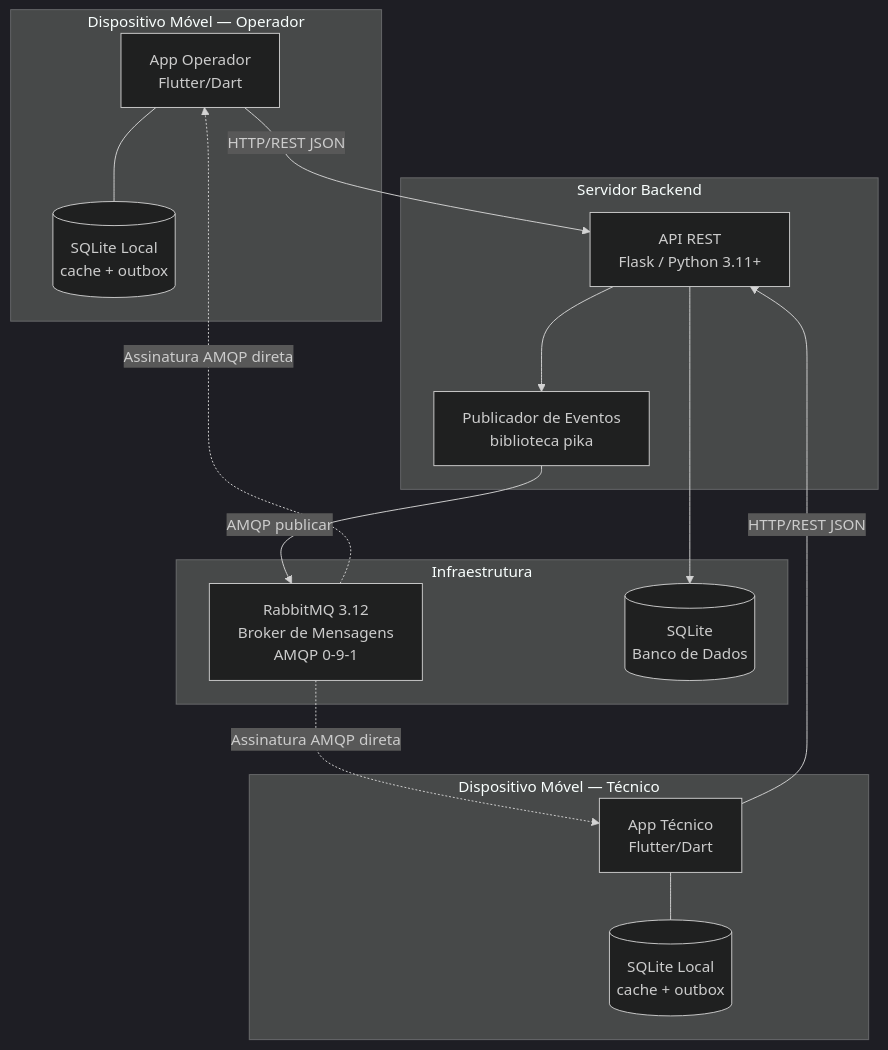
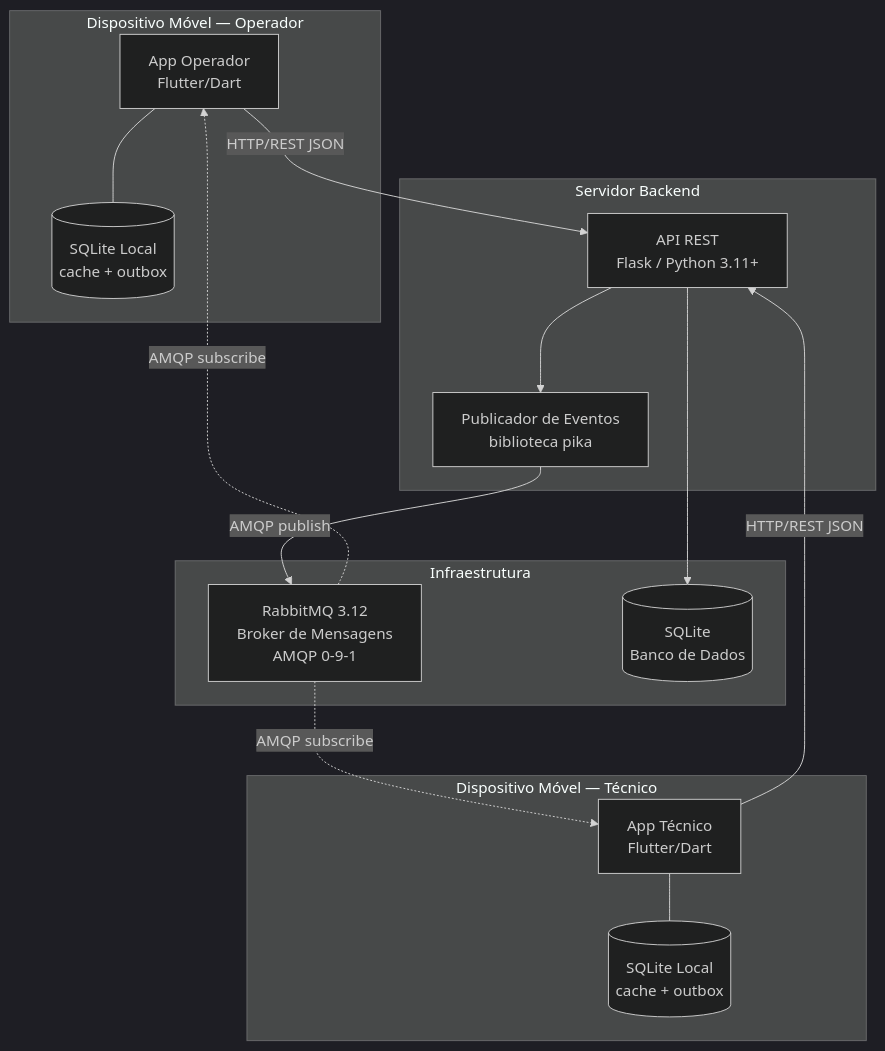
One commit to art1544/PlantOS-LAMD changed the first of 11 diagrams in docs/sprint1/arquitetura.md. Above: the diagram before and after it, drawn with Mermaid (dark theme). The commit also changed other lines of this file and 36 other files, not shown here.

````diff
--- a/docs/sprint1/arquitetura.md
+++ b/docs/sprint1/arquitetura.md
@@ -25,32 +25,32 @@
 ```mermaid
 graph TB
     subgraph "Dispositivo Móvel — Operador"
         OP[App Operador<br/>Flutter/Dart]
         DB_OP[(SQLite Local<br/>cache + outbox)]
     end
 
     subgraph "Dispositivo Móvel — Técnico"
         TEC[App Técnico<br/>Flutter/Dart]
         DB_TEC[(SQLite Local<br/>cache + outbox)]
     end
 
     subgraph "Servidor Backend"
         API[API REST<br/>Flask / Python 3.11+]
         PUB[Publicador de Eventos<br/>biblioteca pika]
     end
 
     subgraph "Infraestrutura"
         MQ[RabbitMQ 3.12<br/>Broker de Mensagens<br/>AMQP 0-9-1]
         DB[(SQLite<br/>Banco de Dados)]
     end
 
     OP -->|HTTP/REST JSON| API
     TEC -->|HTTP/REST JSON| API
     OP --- DB_OP
     TEC --- DB_TEC
     API --> DB
     API --> PUB
-    PUB -->|AMQP publicar| MQ
-    MQ -.->|Assinatura AMQP direta| OP
-    MQ -.->|Assinatura AMQP direta| TEC
+    PUB -->|AMQP publish| MQ
+    MQ -.->|AMQP subscribe| OP
+    MQ -.->|AMQP subscribe| TEC
 ```
````
